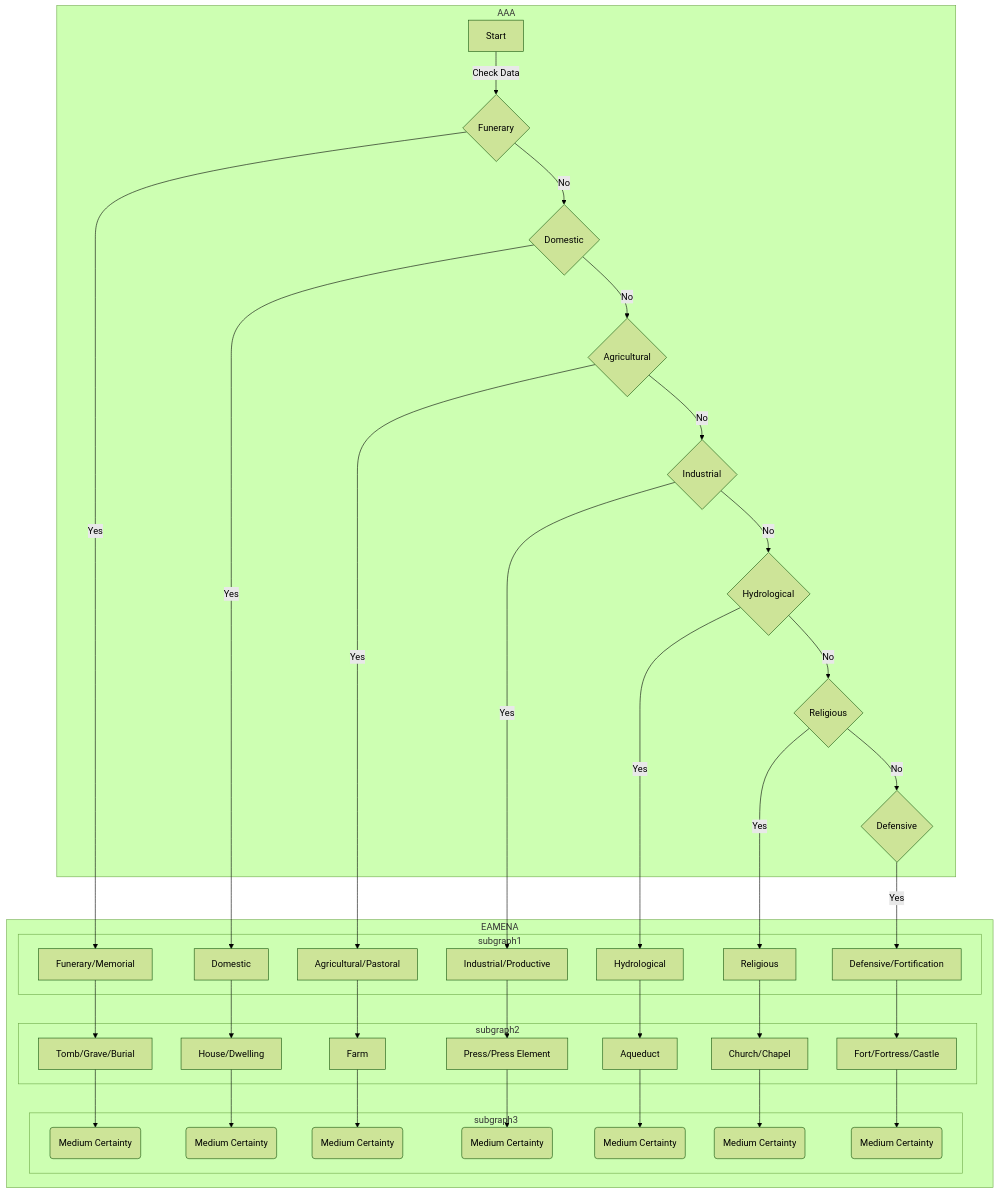
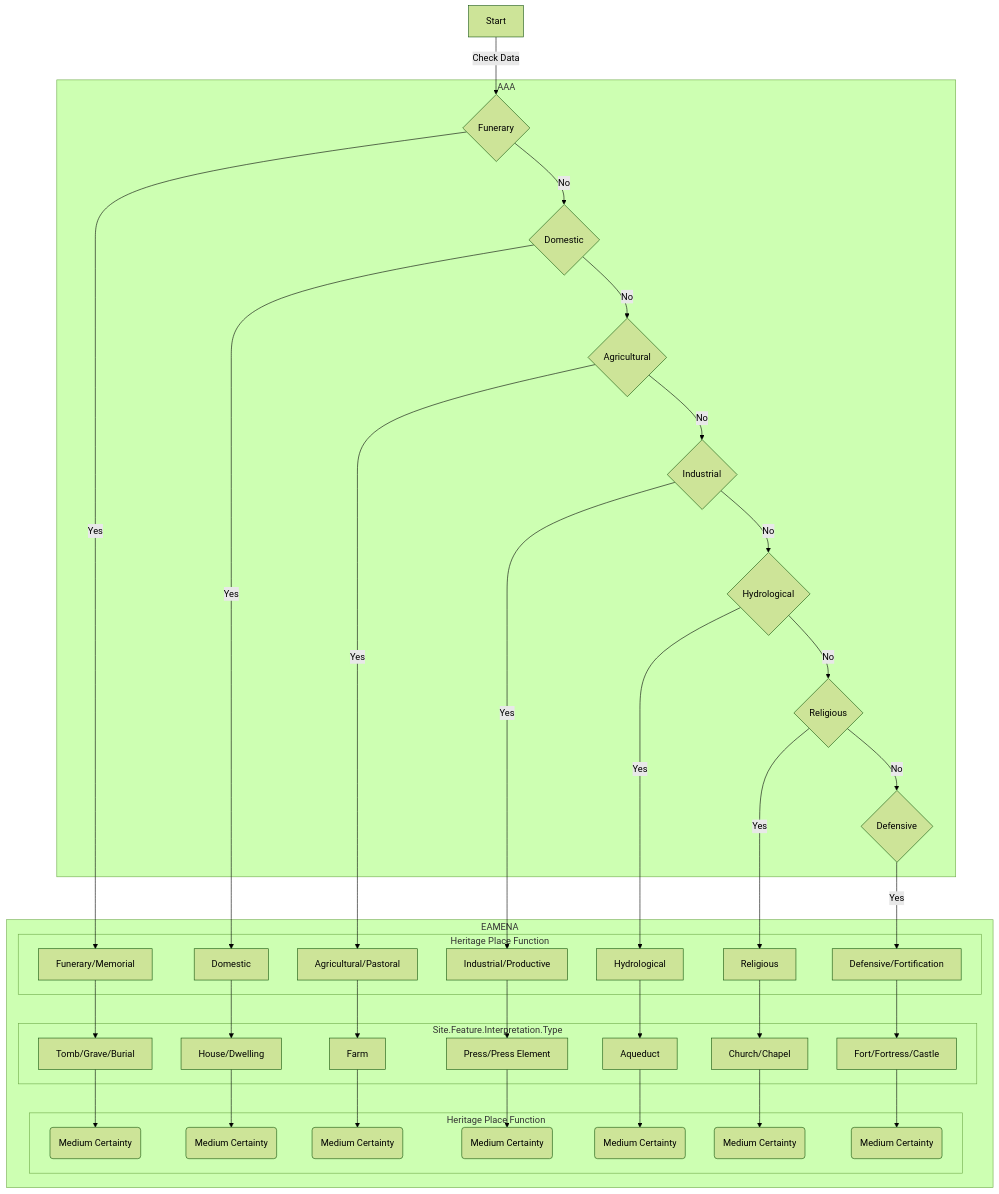
The third of 3 diagrams in projects/aaa/temp.md (eamena-project/eamena-arches-dev), drawn with Mermaid (forest theme) before and after one commit.

Commit message:
AAA function flow chart

````diff
--- a/projects/aaa/temp.md
+++ b/projects/aaa/temp.md
@@ -124,71 +124,71 @@
 ```mermaid
 graph TD
+    A[Start] -->|Check Data| B{Funerary}
     subgraph AAA
-    A[Start] -->|Check Data| B{Funerary}
     B -->|No| D{Domestic}
 	D -->|No| G{Agricultural}
 	
 	G -->|No| J{Industrial}
 	J -->|No| M{Hydrological}
 	M -->|No| P{Religious}
 	P -->|No| S{Defensive}
     end
 
     subgraph EAMENA
-        subgraph subgraph1
+        subgraph "Heritage Place Function"
 		B -->|Yes| C
         C[Funerary/Memorial]
 		D -->|Yes| F
         F[Domestic]
 		G -->|Yes| I
         I[Agricultural/Pastoral]
 		J -->|Yes| L
         L[Industrial/Productive]
 		M -->|Yes| O
         O[Hydrological]
 		P -->|Yes| R
         R[Religious]
 		S -->|Yes| U
         U[Defensive/Fortification]
         end
-        subgraph subgraph2
+        subgraph "Site.Feature.Interpretation.Type"
         E[Tomb/Grave/Burial]
         H[House/Dwelling]
         K[Farm]
         N[Press/Press Element]
         Q[Aqueduct]
         T[Church/Chapel]
         W[Fort/Fortress/Castle]
         end
         C --> E
         E --> EZ(Medium Certainty)
         
         
         F --> H
         H --> HZ(Medium Certainty)
 
         I --> K
         K --> KZ(Medium Certainty)
 
         L --> N
         N --> NZ(Medium Certainty)
 
         O --> Q
         Q --> QZ(Medium Certainty)
 
         R --> T
         T --> TZ(Medium Certainty)
         
         U --> W
         W --> WZ(Medium Certainty)
-        subgraph subgraph3
+        subgraph "Heritage Place Function"
         EZ(Medium Certainty)
         HZ(Medium Certainty)
         KZ(Medium Certainty)
         NZ(Medium Certainty)
         QZ(Medium Certainty)
         TZ(Medium Certainty)
         WZ(Medium Certainty)
         end
     end
 ```
````
